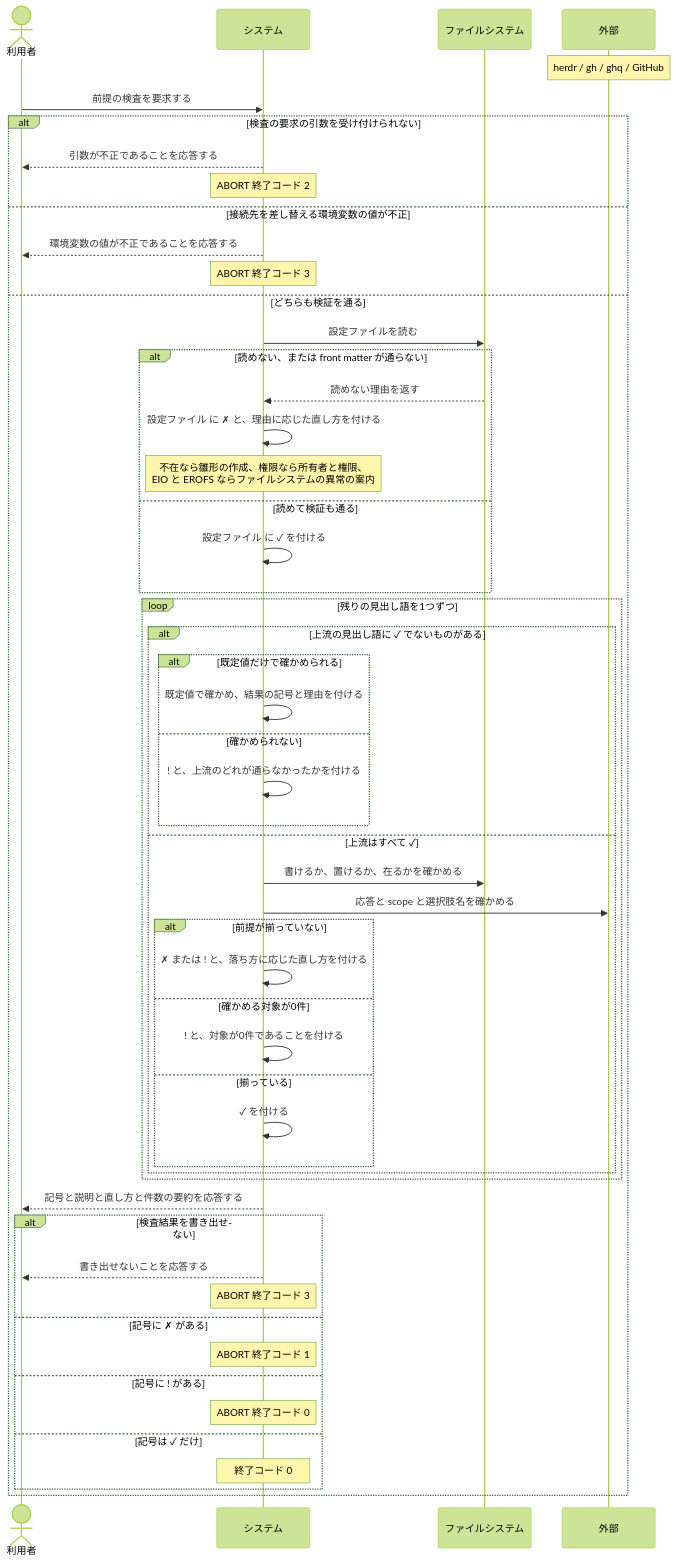
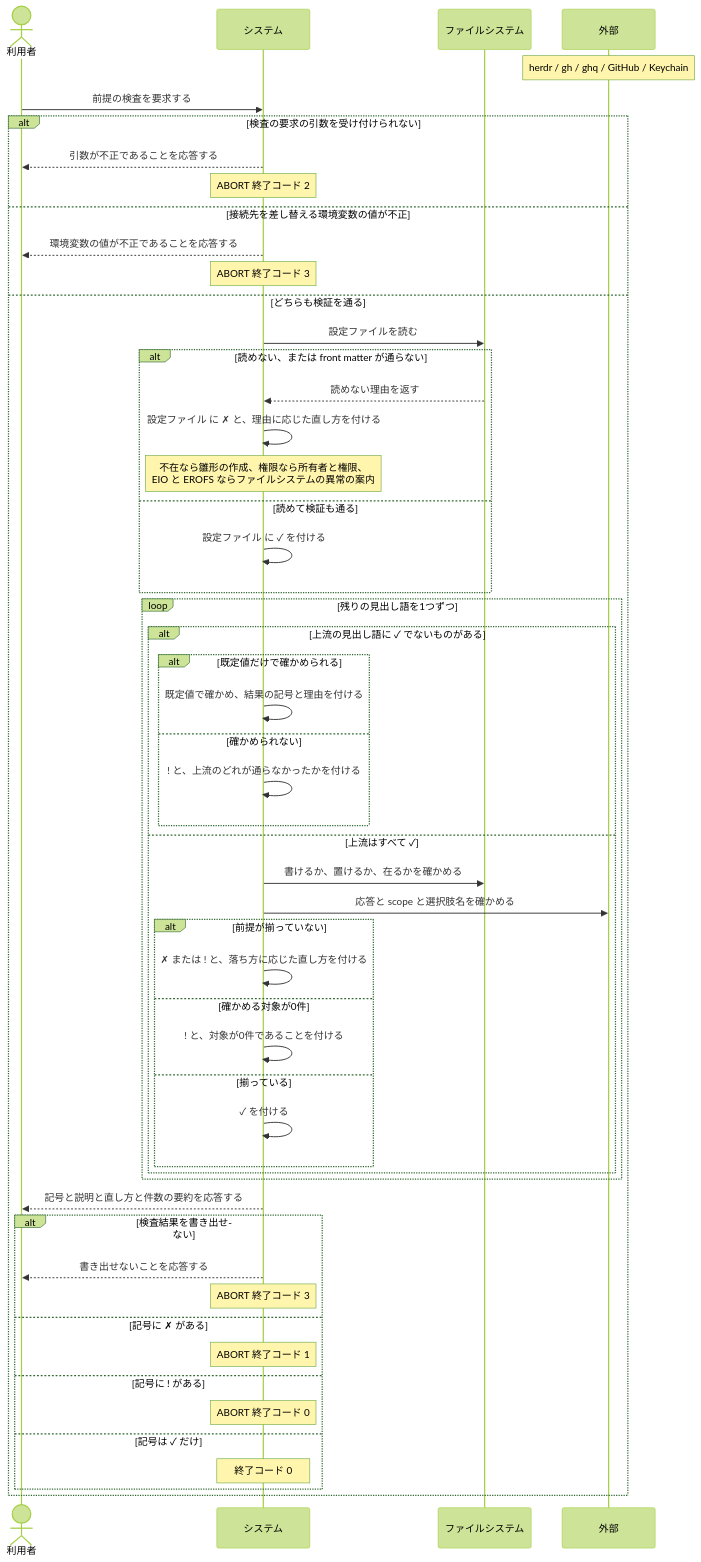
One commit to maimuzo/continuo changed the second of 2 diagrams in docs/spec/usecases/particular_case/前提が揃っているかを検査する.rucm.md. Above: the diagram before and after it, drawn with Mermaid (forest theme). The commit also changed other lines of this file and 84 other files, not shown here.

````diff
--- a/docs/spec/usecases/particular_case/前提が揃っているかを検査する.rucm.md
+++ b/docs/spec/usecases/particular_case/前提が揃っているかを検査する.rucm.md
@@ -329,60 +329,60 @@
 ```mermaid
 sequenceDiagram
     actor 利用者
     participant システム
     participant ファイルシステム
     participant 外部
 
-    Note over 外部: herdr / gh / ghq / GitHub
+    Note over 外部: herdr / gh / ghq / GitHub / Keychain
 
     利用者->>システム: 前提の検査を要求する
 
     alt 検査の要求の引数を受け付けられない
         システム-->>利用者: 引数が不正であることを応答する
         Note over システム: ABORT 終了コード 2
     else 接続先を差し替える環境変数の値が不正
         システム-->>利用者: 環境変数の値が不正であることを応答する
         Note over システム: ABORT 終了コード 3
     else どちらも検証を通る
         システム->>ファイルシステム: 設定ファイルを読む
         alt 読めない、または front matter が通らない
             ファイルシステム-->>システム: 読めない理由を返す
             システム->>システム: 設定ファイル に ✗ と、理由に応じた直し方を付ける
             Note over システム: 不在なら雛形の作成、権限なら所有者と権限、<br/>EIO と EROFS ならファイルシステムの異常の案内
         else 読めて検証も通る
             システム->>システム: 設定ファイル に ✓ を付ける
         end
 
         loop 残りの見出し語を1つずつ
             alt 上流の見出し語に ✓ でないものがある
                 alt 既定値だけで確かめられる
                     システム->>システム: 既定値で確かめ、結果の記号と理由を付ける
                 else 確かめられない
                     システム->>システム: ! と、上流のどれが通らなかったかを付ける
                 end
             else 上流はすべて ✓
                 システム->>ファイルシステム: 書けるか、置けるか、在るかを確かめる
                 システム->>外部: 応答と scope と選択肢名を確かめる
                 alt 前提が揃っていない
                     システム->>システム: ✗ または ! と、落ち方に応じた直し方を付ける
                 else 確かめる対象が0件
                     システム->>システム: ! と、対象が0件であることを付ける
                 else 揃っている
                     システム->>システム: ✓ を付ける
                 end
             end
         end
 
         システム-->>利用者: 記号と説明と直し方と件数の要約を応答する
         alt 検査結果を書き出せない
             システム-->>利用者: 書き出せないことを応答する
             Note over システム: ABORT 終了コード 3
         else 記号に ✗ がある
             Note over システム: ABORT 終了コード 1
         else 記号に ! がある
             Note over システム: ABORT 終了コード 0
         else 記号は ✓ だけ
             Note over システム: 終了コード 0
         end
     end
 ```
````
